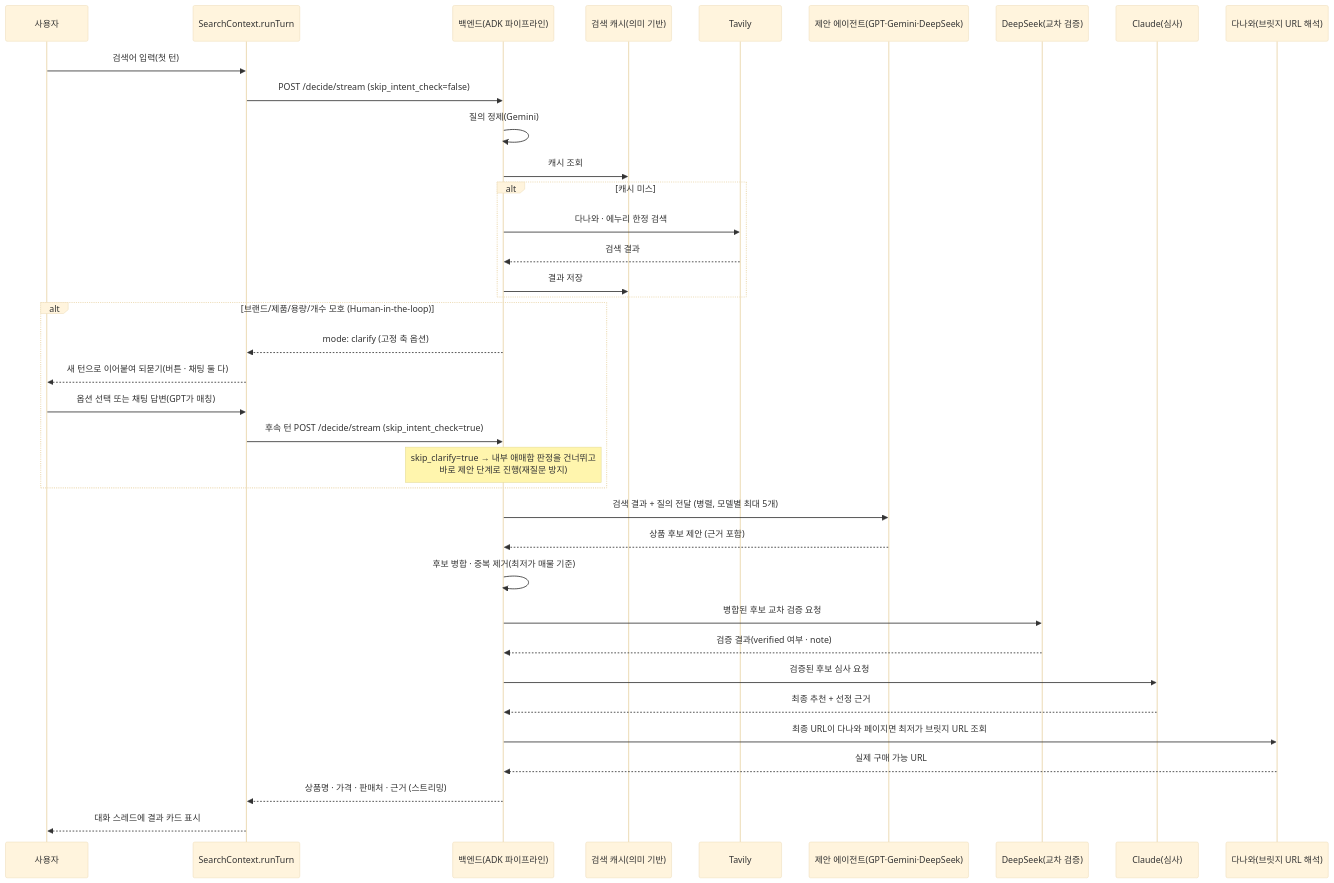
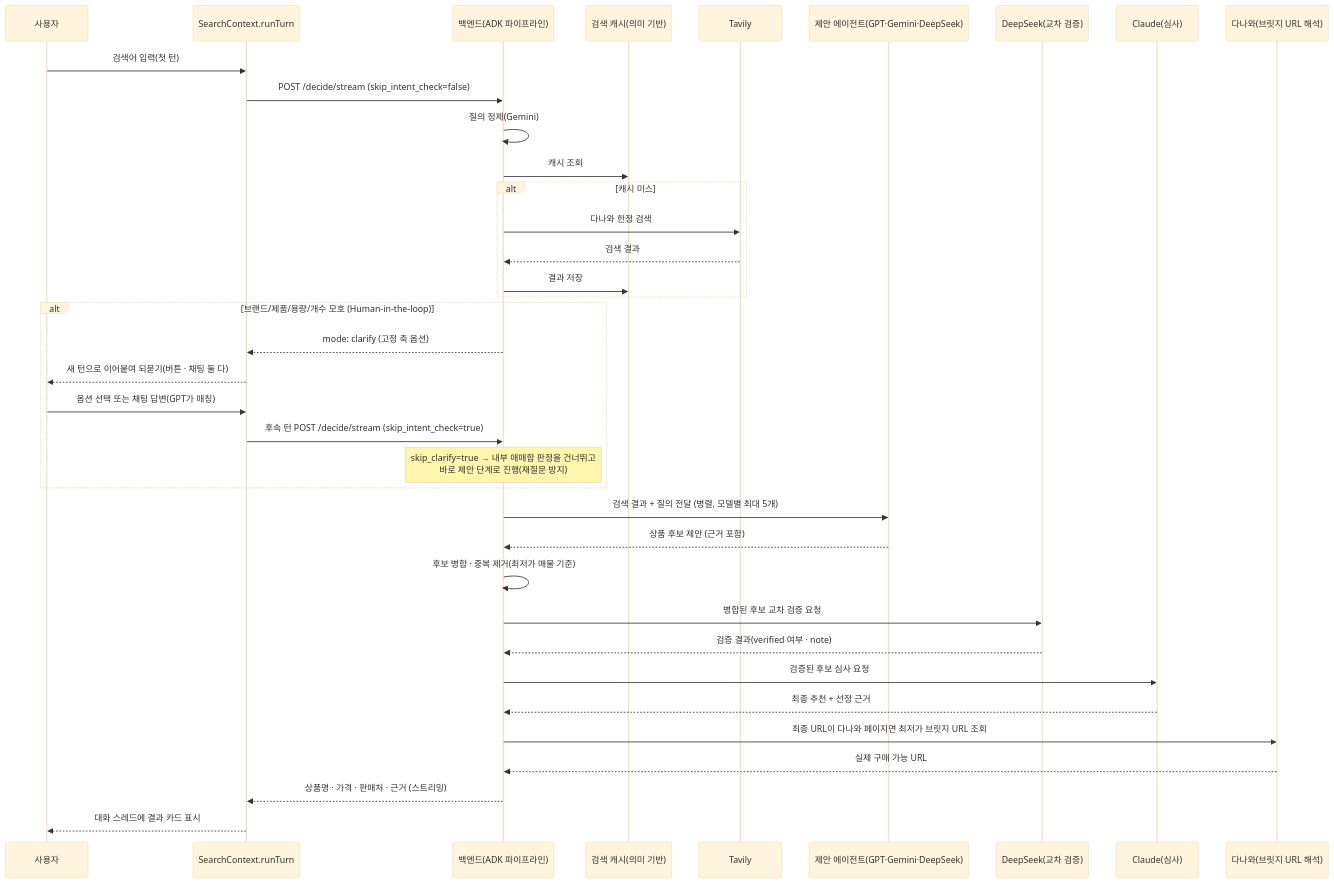
Before and after one commit to Alpha-pick00/Alpha-pick00.github.io: the second of 2 diagrams in README.md, drawn with Mermaid (base theme). The commit also changed other lines of this file and 10 other files, not shown here.

````diff
--- a/README.md
+++ b/README.md
@@ -193,40 +193,40 @@
 ```mermaid
 sequenceDiagram
     participant U as 사용자
     participant CTX as SearchContext.runTurn
     participant B as 백엔드(ADK 파이프라인)
     participant Cache as 검색 캐시(의미 기반)
     participant T as Tavily
     participant P as 제안 에이전트(GPT·Gemini·DeepSeek)
     participant D as DeepSeek(교차 검증)
     participant J as Claude(심사)
     participant DW as 다나와(브릿지 URL 해석)
 
     U->>CTX: 검색어 입력(첫 턴)
     CTX->>B: POST /decide/stream (skip_intent_check=false)
     B->>B: 질의 정제(Gemini)
     B->>Cache: 캐시 조회
     alt 캐시 미스
-        B->>T: 다나와 · 에누리 한정 검색
+        B->>T: 다나와 한정 검색
         T-->>B: 검색 결과
         B->>Cache: 결과 저장
     end
     alt 브랜드/제품/용량/개수 모호 (Human-in-the-loop)
         B-->>CTX: mode: clarify (고정 축 옵션)
         CTX-->>U: 새 턴으로 이어붙여 되묻기(버튼 · 채팅 둘 다)
         U->>CTX: 옵션 선택 또는 채팅 답변(GPT가 매칭)
         CTX->>B: 후속 턴 POST /decide/stream (skip_intent_check=true)
         Note over B: skip_clarify=true → 내부 애매함 판정을 건너뛰고<br/>바로 제안 단계로 진행(재질문 방지)
     end
     B->>P: 검색 결과 + 질의 전달 (병렬, 모델별 최대 5개)
     P-->>B: 상품 후보 제안 (근거 포함)
     B->>B: 후보 병합 · 중복 제거(최저가 매물 기준)
     B->>D: 병합된 후보 교차 검증 요청
     D-->>B: 검증 결과(verified 여부 · note)
     B->>J: 검증된 후보 심사 요청
     J-->>B: 최종 추천 + 선정 근거
     B->>DW: 최종 URL이 다나와 페이지면 최저가 브릿지 URL 조회
     DW-->>B: 실제 구매 가능 URL
     B-->>CTX: 상품명 · 가격 · 판매처 · 근거 (스트리밍)
     CTX-->>U: 대화 스레드에 결과 카드 표시
 ```
````
